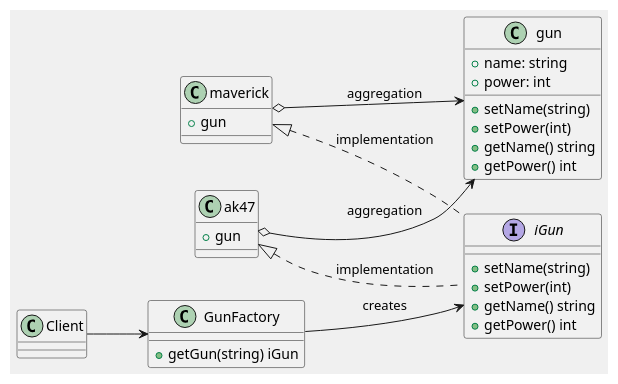
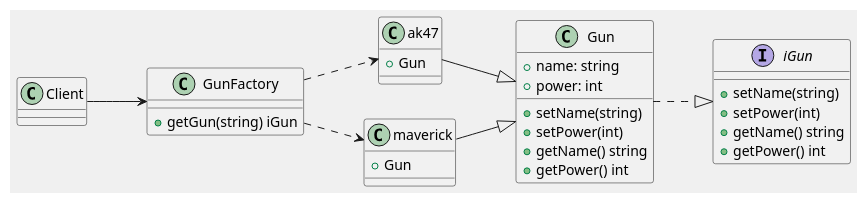
The diagram in Factory Method/README.md (luyang93/Dive-Into-Design-Patterns), drawn with PlantUML before and after one commit. The commit also changed 1 other file, not shown here.

Commit message:
Abstract Factory example3.

````diff
--- a/Factory Method/README.md
+++ b/Factory Method/README.md
@@ -1,41 +1,45 @@
 ```plantuml
 left to right direction
 skinparam backgroundColor #F0F0F0
 
 interface iGun {
     + setName(string)
     + setPower(int)
     + getName() string
     + getPower() int
 }
 
-class gun {
+class Gun {
     + name: string
     + power: int
     + setName(string)
     + setPower(int)
     + getName() string
     + getPower() int
 }
 
 class ak47 {
-    + gun
+    + Gun
 }
 
 class maverick {
-    + gun
+    + Gun
 }
 
 class GunFactory {
     + getGun(string) iGun
 }
 
 class Client
 
-ak47 <|.. iGun: implementation
-maverick <|.. iGun: implementation
-ak47 o--> gun: aggregation
-maverick o--> gun: aggregation
-GunFactory --> iGun: creates
+Gun ..|> iGun
+
+ak47 --|> Gun
+maverick --|> Gun
+
+GunFactory ..> ak47
+GunFactory ..> maverick
+
 Client --> GunFactory
+
 ```
````
